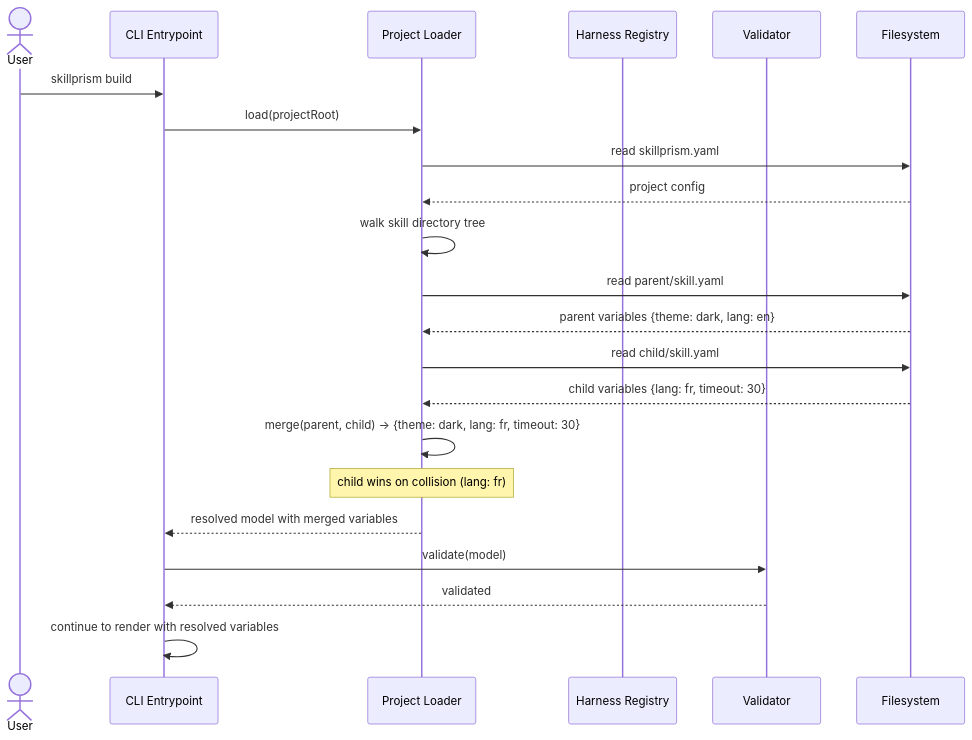
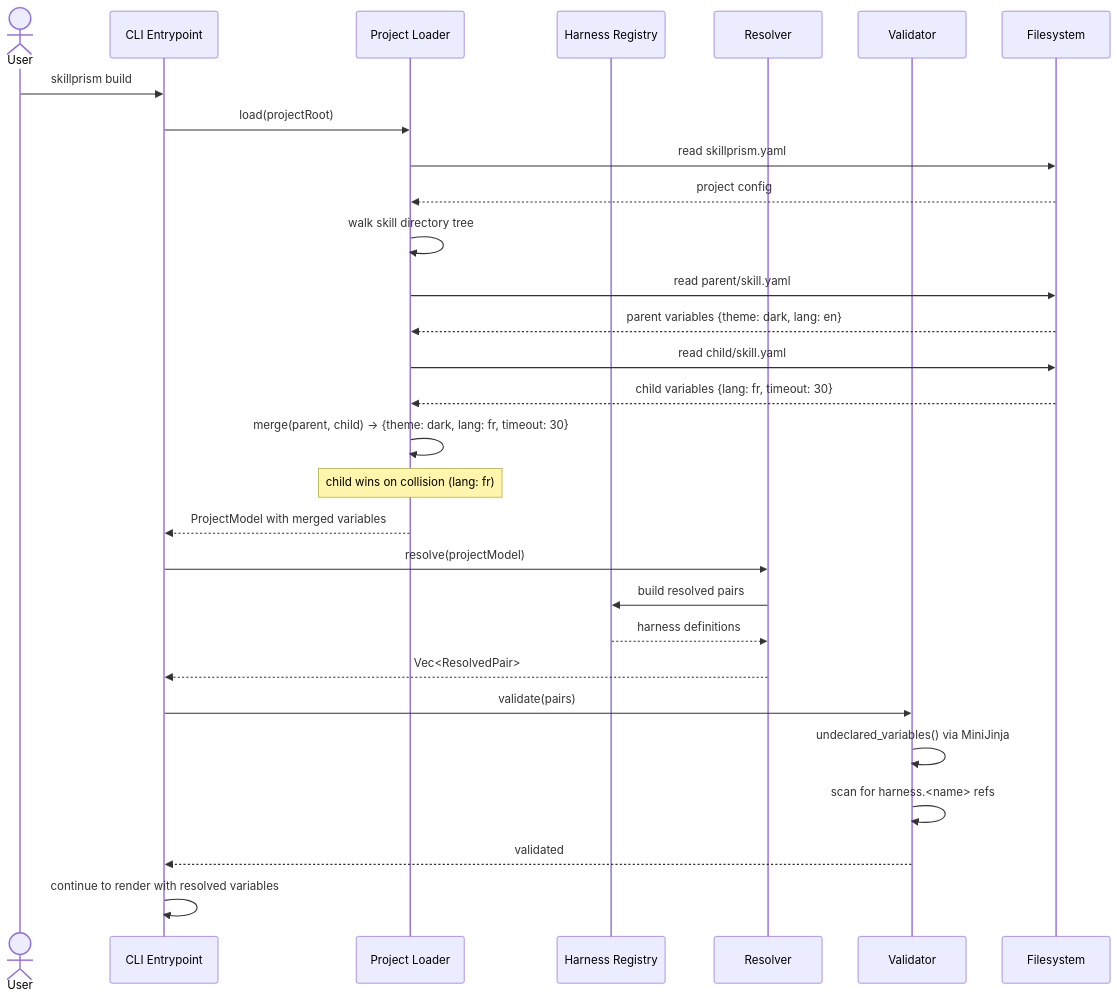
Before and after one commit to Tuvren/skillprism: the diagram in .constitution/architecture/flows/flow-merge-variables.md, drawn with Mermaid. The commit also changed other lines of this file and 40 other files, not shown here.

````diff
--- a/.constitution/architecture/flows/flow-merge-variables.md
+++ b/.constitution/architecture/flows/flow-merge-variables.md
@@ -9,30 +9,37 @@
 ```mermaid
 sequenceDiagram
   actor User
   participant CLI as CLI Entrypoint
   participant Loader as Project Loader
   participant Registry as Harness Registry
+  participant Resolver as Resolver
   participant Valid8 as Validator
   participant FS as Filesystem
 
   User->>CLI: skillprism build
   CLI->>Loader: load(projectRoot)
 
   Loader->>FS: read skillprism.yaml
   FS-->>Loader: project config
   Loader->>Loader: walk skill directory tree
 
   Loader->>FS: read parent/skill.yaml
   FS-->>Loader: parent variables {theme: dark, lang: en}
   Loader->>FS: read child/skill.yaml
   FS-->>Loader: child variables {lang: fr, timeout: 30}
 
   Loader->>Loader: merge(parent, child) -> {theme: dark, lang: fr, timeout: 30}
   Note over Loader: child wins on collision (lang: fr)
 
-  Loader-->>CLI: resolved model with merged variables
-  CLI->>Valid8: validate(model)
+  Loader-->>CLI: ProjectModel with merged variables
+  CLI->>Resolver: resolve(projectModel)
+  Resolver->>Registry: build resolved pairs
+  Registry-->>Resolver: harness definitions
+  Resolver-->>CLI: Vec<ResolvedPair>
+  CLI->>Valid8: validate(pairs)
+  Valid8->>Valid8: undeclared_variables() via MiniJinja
+  Valid8->>Valid8: scan for harness.<name> refs
   Valid8-->>CLI: validated
 
   CLI->>CLI: continue to render with resolved variables
 ```
````
